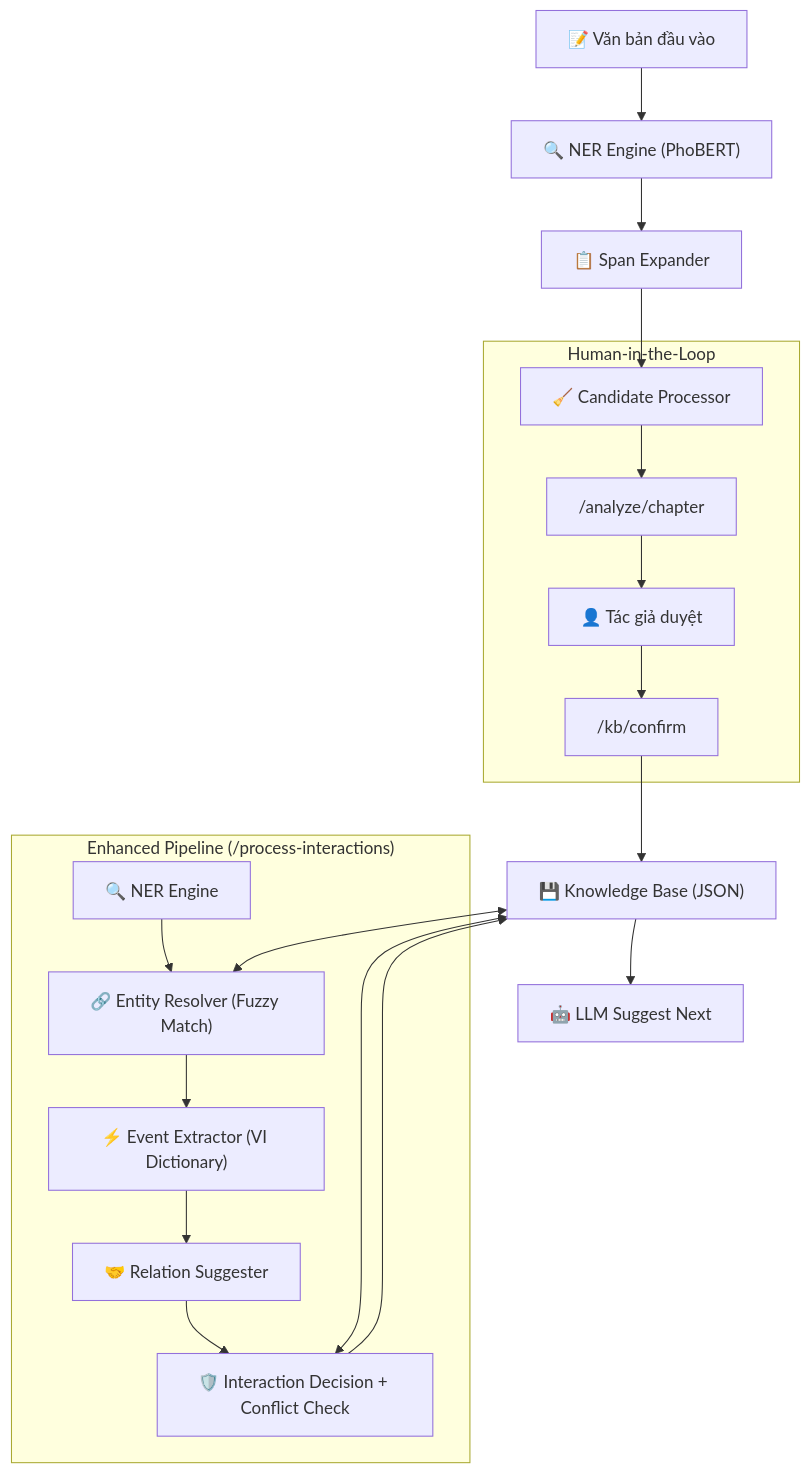
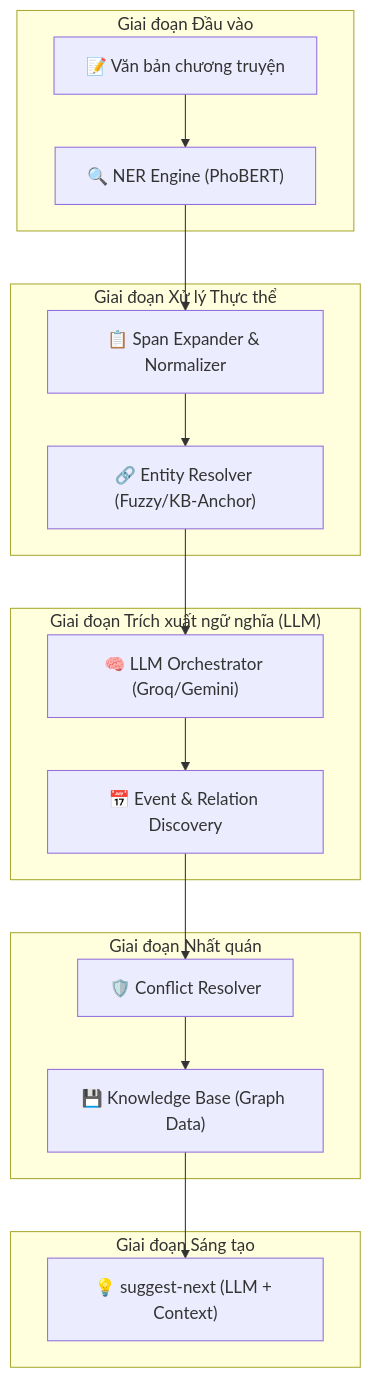
The diagram in ai-service/README.md (Ephurin/Novel_sharing_platform), drawn with Mermaid before and after one commit. The commit also changed other lines of this file, not shown here.

Commit message:
updating system architecture

````diff
--- a/ai-service/README.md
+++ b/ai-service/README.md
@@ -18,27 +17,25 @@
 ```mermaid
 flowchart TD
-    A["📝 Văn bản đầu vào"] --> B["🔍 NER Engine (PhoBERT)"]
-    B --> C["📋 Span Expander"]
-    C --> D["🧹 Candidate Processor"]
-
-    subgraph HITL["Human-in-the-Loop"]
-        D --> E["/analyze/chapter"]
-        E --> F["👤 Tác giả duyệt"]
-        F --> G["/kb/confirm"]
+    subgraph Input["Giai đoạn Đầu vào"]
+        A["📝 Văn bản chương truyện"] --> B["🔍 NER Engine (PhoBERT)"]
     end
 
-    G --> H["💾 Knowledge Base (JSON)"]
-
-    subgraph ENHANCED["Enhanced Pipeline (/process-interactions)"]
-        B2["🔍 NER Engine"] --> R["🔗 Entity Resolver (Fuzzy Match)"]
-        R --> EV["⚡ Event Extractor (VI Dictionary)"]
-        EV --> RS["🤝 Relation Suggester"]
-        RS --> ID["🛡️ Interaction Decision + Conflict Check"]
+    subgraph Processing["Giai đoạn Xử lý Thực thể"]
+        B --> C["📋 Span Expander & Normalizer"]
+        C --> D["🔗 Entity Resolver (Fuzzy/KB-Anchor)"]
     end
 
-    H <--> R
-    H <--> ID
-    ID --> H
+    subgraph Extraction["Giai đoạn Trích xuất ngữ nghĩa (LLM)"]
+        D --> E["🧠 LLM Orchestrator (Groq/Gemini)"]
+        E --> F["📅 Event & Relation Discovery"]
+    end
 
-    H --> LLM["🤖 LLM Suggest Next"]
+    subgraph Consistency["Giai đoạn Nhất quán"]
+        F --> G["🛡️ Conflict Resolver"]
+        G --> H["💾 Knowledge Base (Graph Data)"]
+    end
+
+    subgraph Suggestion["Giai đoạn Sáng tạo"]
+        H --> I["💡 suggest-next (LLM + Context)"]
+    end
 ```
````
